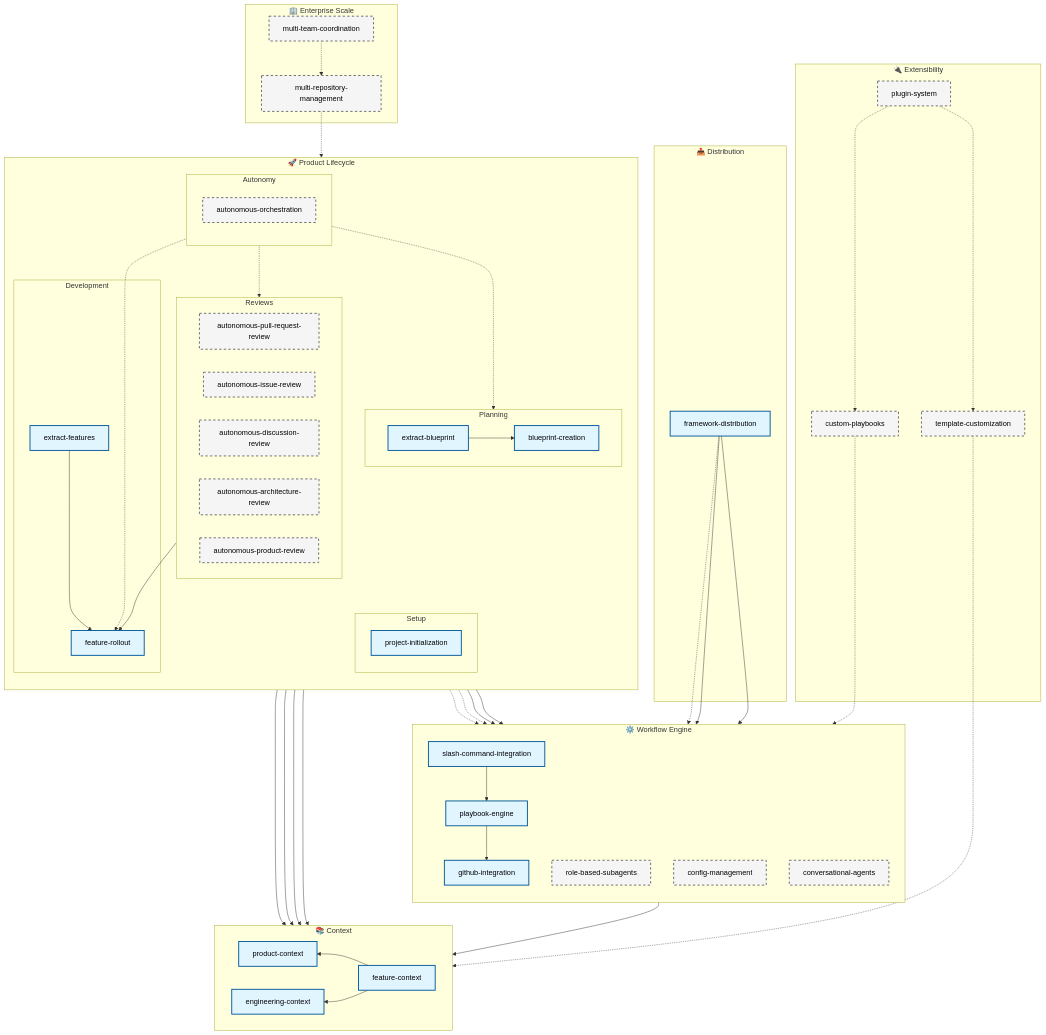
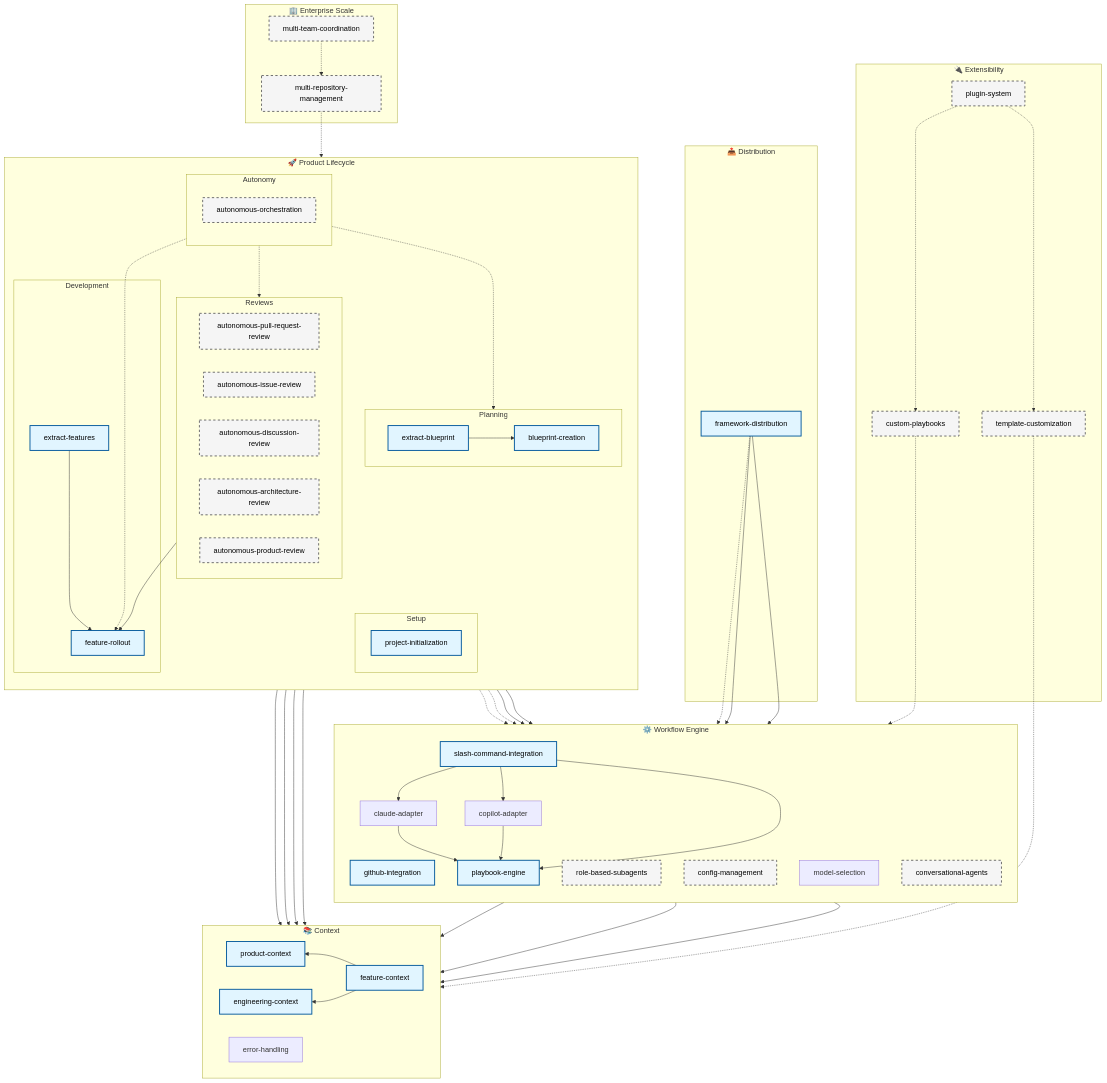
Before and after one commit to Xerilium/catalyst: the diagram in .xe/features/blueprint/plan.md, drawn with Mermaid. The commit also changed other lines of this file and 2 other files, not shown here.

Commit message:
[Catalyst][Blueprint] Fix template bloat and tier dependencies
Template Updates:
- Reduce Architecture Diagrams section from 50 lines to 3 lines
- Remove verbose examples, keep only essential guidance

Blueprint Updates:
- Move error-handling from Tier 1.3 to Tier 1.1 (no dependencies)
- Update plan.md diagram to include error-handling, claude-adapter, copilot-adapter, model-selection
- Update tasks.md to renumber after tier change (T003=error-handling, T004=feature-context, etc.)
- Simplify diagram dependencies (removed pe-->gh, it's transitive via eh)

Related to playbook-engine feature rollout

🤖 Generated with [Claude Code](https://claude.com/claude-code)

```diff
--- a/.xe/features/blueprint/plan.md
+++ b/.xe/features/blueprint/plan.md
@@ -352,6 +352,7 @@
         direction RL
         pc[product-context]
         ec[engineering-context]
+        eh[error-handling]
         fc[feature-context]
         fc --> pc
         fc --> ec
@@ -360,13 +361,21 @@
     subgraph engine["⚙️ Workflow Engine"]
         direction TB
         gh[github-integration]
+        gh --> eh
         pe[playbook-engine]
+        pe --> eh
         pe --> ec
-        pe --> gh
+        claude[claude-adapter]
+        copilot[copilot-adapter]
+        claude --> pe
+        copilot --> pe
         sc[slash-command-integration]
         sc --> pe
+        sc --> claude
+        sc --> copilot
         rbs[role-based-subagents]
         cm[config-management]
+        ms[model-selection]
         ca[conversational-agents]
     end
 
```
